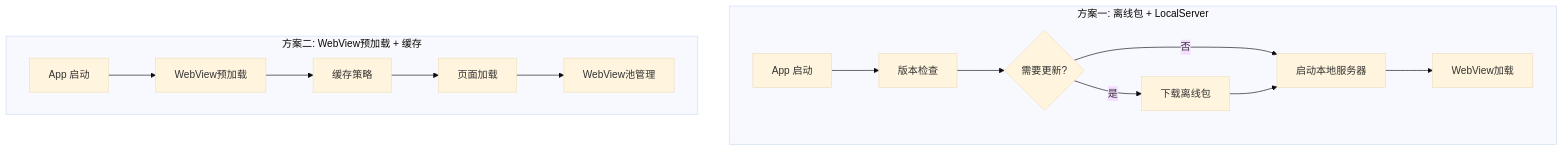
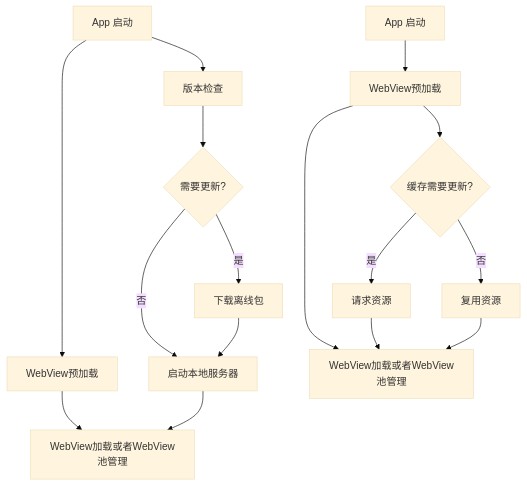
One commit to Zenquan/blog.u-tools.fun changed the first of 5 diagrams in content/blog/app-h5-offline-solution.md. Above: the diagram before and after it, drawn with Mermaid (base theme). The commit also changed other lines of this file, not shown here.

````diff
--- a/content/blog/app-h5-offline-solution.md
+++ b/content/blog/app-h5-offline-solution.md
@@ -19,18 +19,17 @@
 ```mermaid
 graph TB
-    subgraph "方案一: 离线包 + LocalServer"
-    A[App 启动] --> B[版本检查]
-    B --> C{需要更新?}
-    C -->|是| D[下载离线包]
-    C -->|否| E[启动本地服务器]
-    D --> E
-    E --> F[WebView加载]
-    end
+    A[App 启动] --> B[版本检查] 
+    A[App 启动] --> C[WebView预加载] --> G[WebView加载或者WebView池管理]
+    B --> D{需要更新?}
+    D -->|是| E[下载离线包]
+    D -->|否| F[启动本地服务器]
+    E --> F
+    F --> G[WebView加载或者WebView池管理]
 
-    subgraph "方案二: WebView预加载 + 缓存"
-    G[App 启动] --> H[WebView预加载]
-    H --> I[缓存策略]
-    I --> J[页面加载]
-    J --> K[WebView池管理]
-    end
+    H[App 启动] --> I[WebView预加载] --> M[WebView加载或者WebView池管理]
+    I --> J{缓存需要更新?}
+    J -->|是| K[请求资源]
+    J -->|否| L[复用资源]
+    K --> M[WebView加载或者WebView池管理]
+    L --> M
 ```
````
